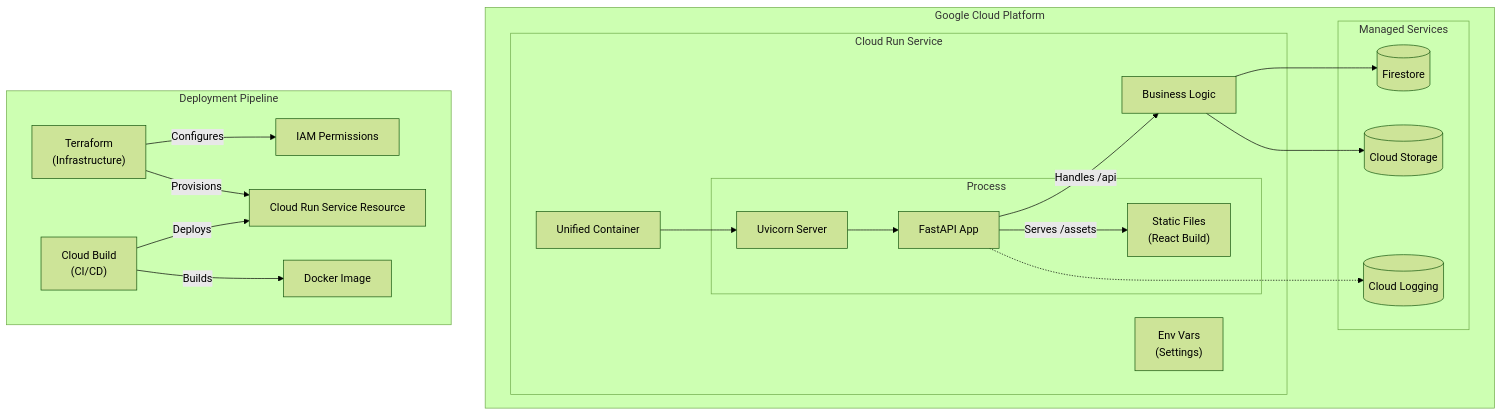
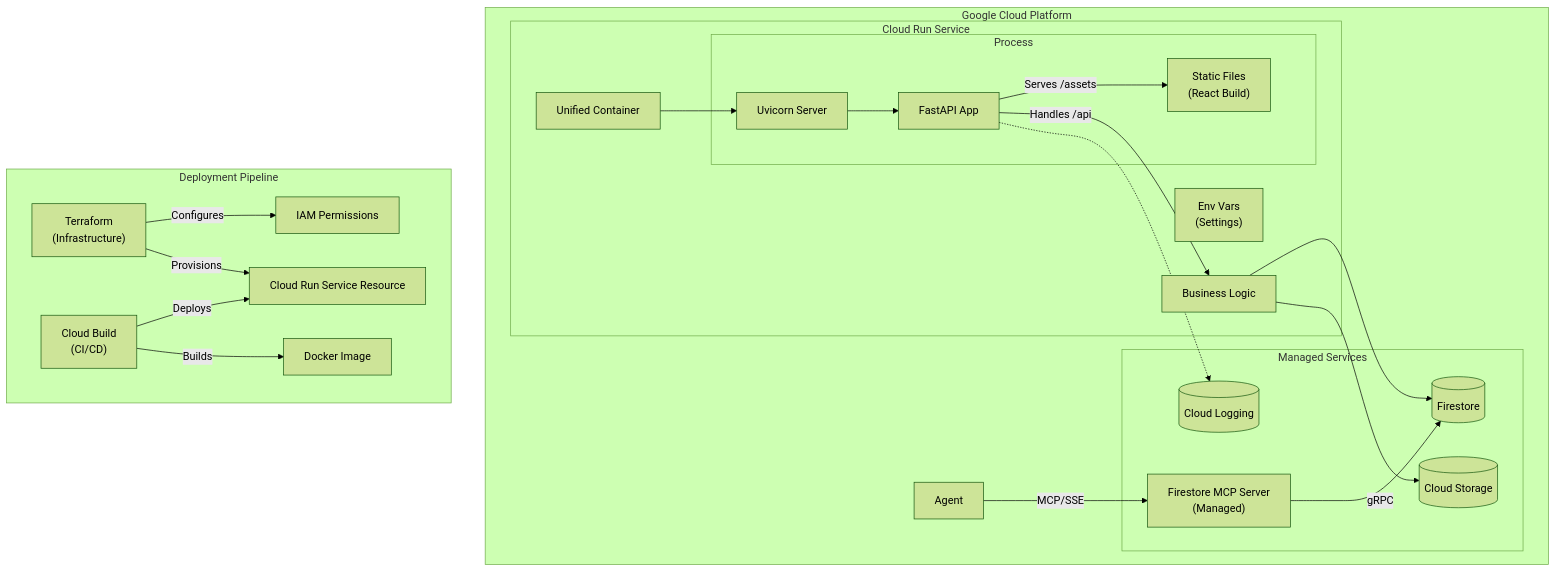
The second of 2 diagrams in docs/design-and-walkthrough.md (derailed-dash/dazbo-portfolio), drawn with Mermaid (forest theme) before and after one commit. The commit also changed other lines of this file and 9 other files, not shown here.

Commit message:
feat: integrate managed Firestore MCP with Hybrid Tooling architecture

````diff
--- a/docs/design-and-walkthrough.md
+++ b/docs/design-and-walkthrough.md
@@ -262,41 +263,44 @@
 ```mermaid
 graph TD
     subgraph "Google Cloud Platform"
         subgraph "Cloud Run Service"
             Container["Unified Container"]
             Env["Env Vars<br/>(Settings)"]
             
             subgraph "Process"
                 Uvicorn["Uvicorn Server"]
                 FastAPI["FastAPI App"]
                 Static["Static Files<br/>(React Build)"]
             end
             
             Container --> Uvicorn
             Uvicorn --> FastAPI
             FastAPI -- "Serves /assets" --> Static
             FastAPI -- "Handles /api" --> Logic["Business Logic"]
         end
         
         subgraph "Managed Services"
             FS[("Firestore")]
             GCS[("Cloud Storage")]
             LOG[("Cloud Logging")]
+            MCP["Firestore MCP Server<br/>(Managed)"]
         end
 
         Logic --> FS
         Logic --> GCS
         FastAPI -.-> LOG
+        Agent -- "MCP/SSE" --> MCP
+        MCP -- "gRPC" --> FS
     end
 
     subgraph "Deployment Pipeline"
         TF["Terraform<br/>(Infrastructure)"]
         CB["Cloud Build<br/>(CI/CD)"]
         
         TF -- "Provisions" --> Service["Cloud Run Service Resource"]
         TF -- "Configures" --> IAM["IAM Permissions"]
         
         CB -- "Builds" --> Image["Docker Image"]
         CB -- "Deploys" --> Service
     end
 ```
````
